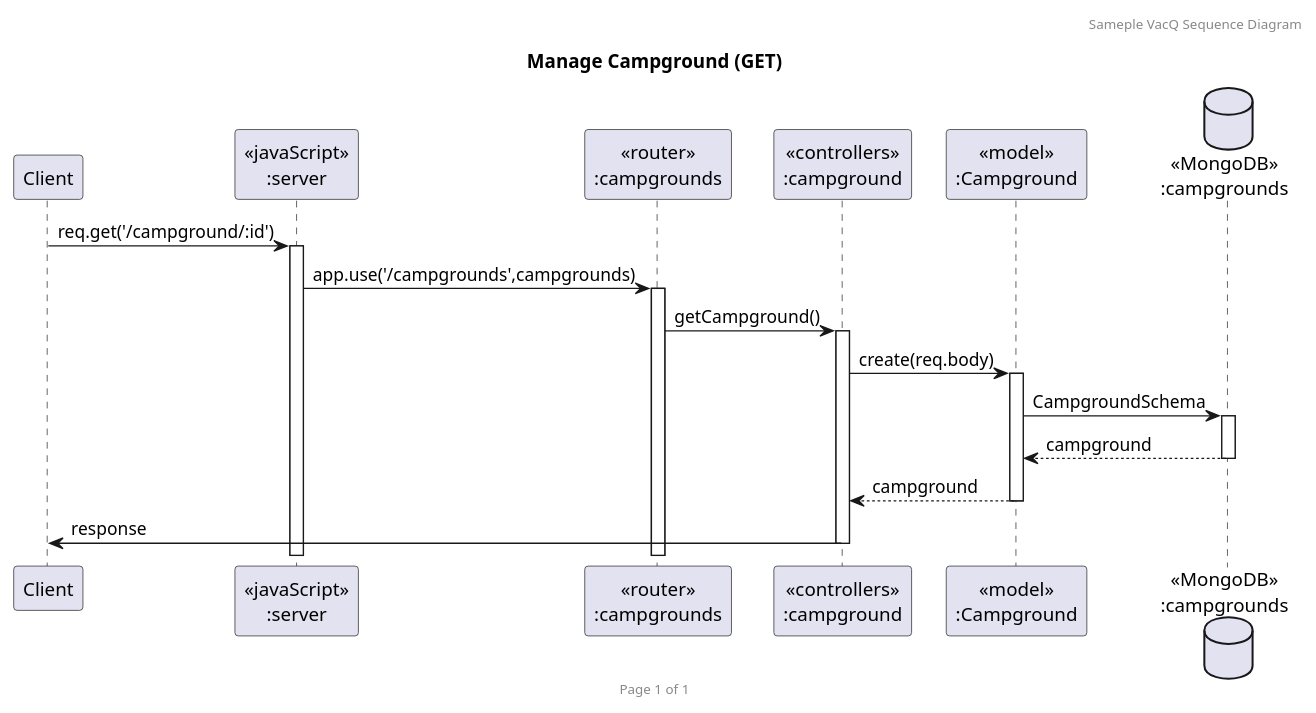
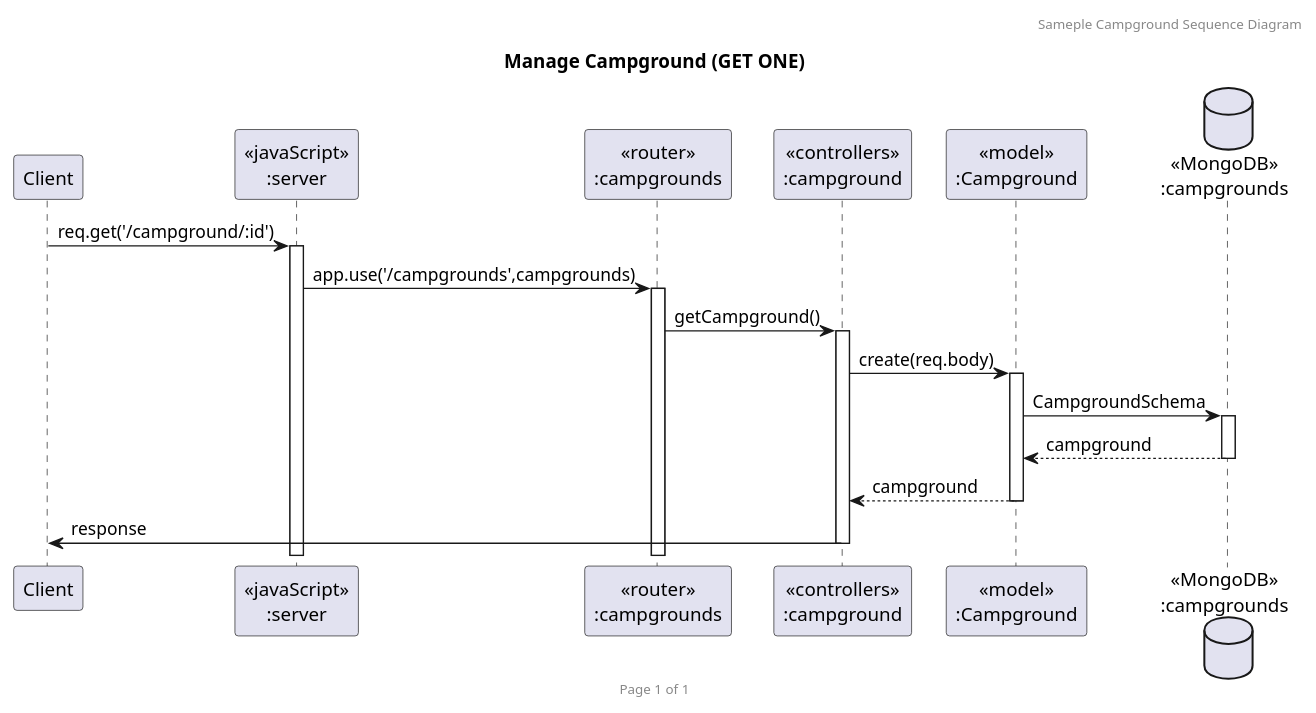
The diagram in Diagram/Sequence diagram/Campground/Campground GETONE.puml (thamthorn/Campground-Backend), drawn with PlantUML before and after one commit. The commit also changed 3 other files, not shown here.

```diff
--- a/Diagram/Sequence diagram/Campground/Campground GETONE.puml
+++ b/Diagram/Sequence diagram/Campground/Campground GETONE.puml
@@ -1,23 +1,23 @@
 @startuml Manage Campground (GET)
 
-header Sameple VacQ Sequence Diagram
+header Sameple Campground Sequence Diagram
 footer Page %page% of %lastpage%
-title "Manage Campground (GET)"
+title "Manage Campground (GET ONE)"
 
 participant "Client" as client
 participant "<<javaScript>>\n:server" as server
 participant "<<router>>\n:campgrounds" as routerCampgrounds
 participant "<<controllers>>\n:campground" as controllersCampground
 participant "<<model>>\n:Campground" as modelCampground
 database "<<MongoDB>>\n:campgrounds" as CampgroundsDatabase
 
 client->server ++:req.get('/campground/:id')
 server->routerCampgrounds ++:app.use('/campgrounds',campgrounds)
 routerCampgrounds -> controllersCampground ++:getCampground()
 controllersCampground->modelCampground ++:create(req.body)
 modelCampground ->CampgroundsDatabase ++: CampgroundSchema
 CampgroundsDatabase --> modelCampground --: campground
 controllersCampground <-- modelCampground --:campground
 controllersCampground->client --:response
 
 @enduml
```
